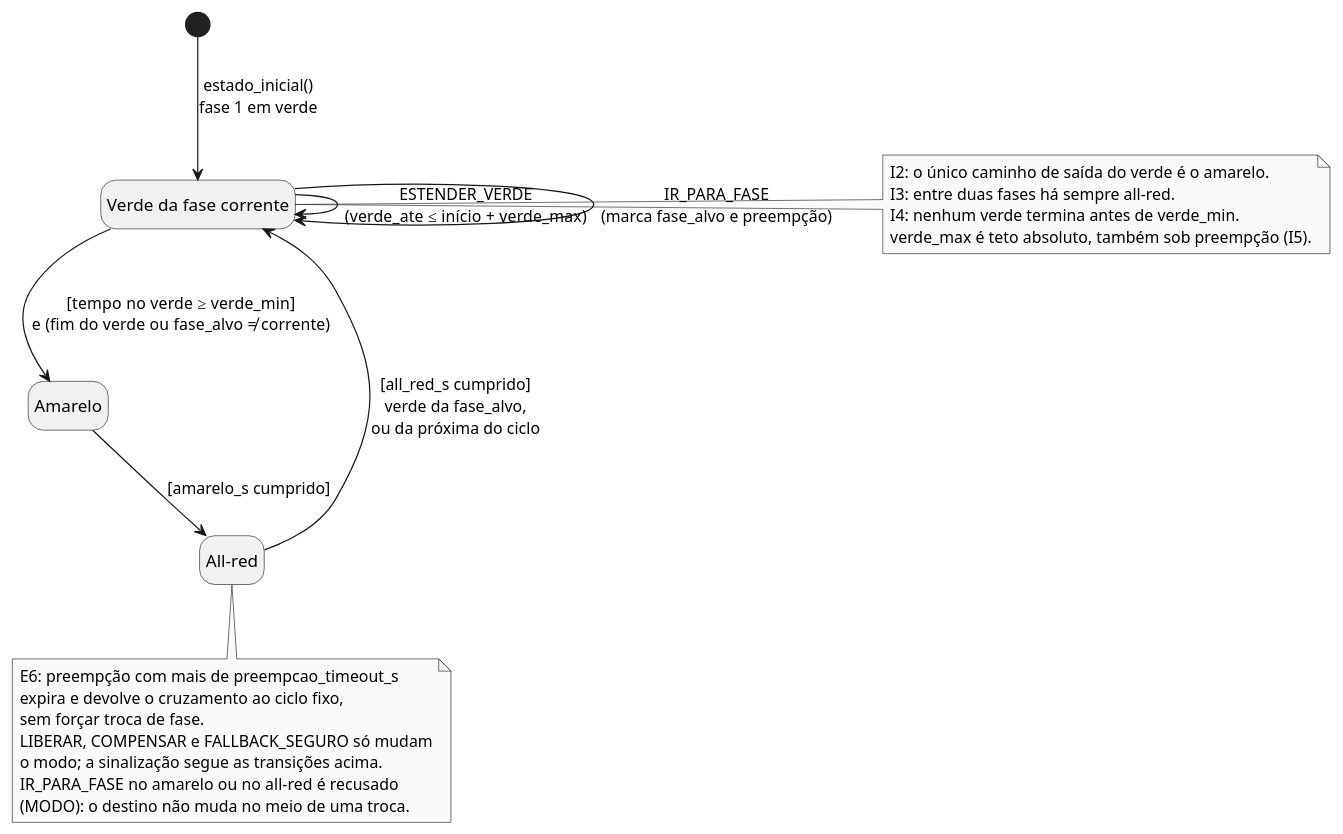
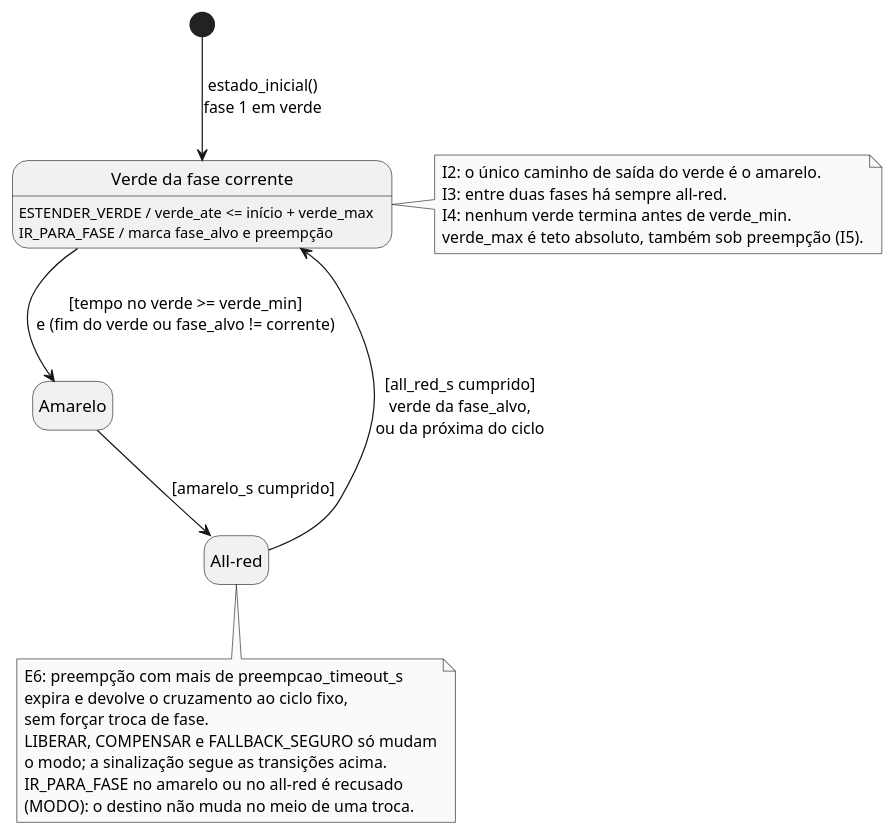
The diagram in docs/diagramas/maquina_estados.puml (felipepascucci/tcc-semaforos-inteligentes), drawn with PlantUML before and after one commit. The commit also changed 44 other files, not shown here.

First line of the commit message:
feat(validacao): relatório de validação, casos de teste e diagramas

```diff
--- a/docs/diagramas/maquina_estados.puml
+++ b/docs/diagramas/maquina_estados.puml
@@ -1,38 +1,41 @@
 @startuml maquina_estados
 ' Máquina de estados de um cruzamento — context/08 §5.
 ' Fonte: backend/core/priorizacao/fases.py (avancar, _do_verde, _do_amarelo,
 ' _do_all_red, _expirar_preempcao). É a mesma máquina que o adaptador SUMO roda
 ' e que o firmware do UNO reimplementa em C++ (context/04 §8).
 skinparam monochrome true
 hide empty description
+' Os dois comandos que não trocam de estado ficam como ações internas do verde
+' (dentro da caixa), e não como laços: os rótulos de dois laços no mesmo estado
+' se sobrepunham no render (revisão de legibilidade, 2026-10-08).
 
 [*] --> Verde : estado_inicial()\nfase 1 em verde
 
 state "Verde da fase corrente" as Verde
+Verde : ESTENDER_VERDE / verde_ate <= início + verde_max
+Verde : IR_PARA_FASE / marca fase_alvo e preempção
 state "Amarelo" as Amarelo
 state "All-red" as AllRed
 
-Verde --> Verde : ESTENDER_VERDE\n(verde_ate ≤ início + verde_max)
-Verde --> Verde : IR_PARA_FASE\n(marca fase_alvo e preempção)
-Verde --> Amarelo : [tempo no verde ≥ verde_min]\ne (fim do verde ou fase_alvo ≠ corrente)
+Verde --> Amarelo : [tempo no verde >= verde_min]\ne (fim do verde ou fase_alvo != corrente)
 Amarelo --> AllRed : [amarelo_s cumprido]
 AllRed --> Verde : [all_red_s cumprido]\nverde da fase_alvo,\nou da próxima do ciclo
 
 note right of Verde
   I2: o único caminho de saída do verde é o amarelo.
   I3: entre duas fases há sempre all-red.
   I4: nenhum verde termina antes de verde_min.
   verde_max é teto absoluto, também sob preempção (I5).
 end note
 
 note bottom of AllRed
   E6: preempção com mais de preempcao_timeout_s
   expira e devolve o cruzamento ao ciclo fixo,
   sem forçar troca de fase.
   LIBERAR, COMPENSAR e FALLBACK_SEGURO só mudam
   o modo; a sinalização segue as transições acima.
   IR_PARA_FASE no amarelo ou no all-red é recusado
   (MODO): o destino não muda no meio de uma troca.
 end note
 
 @enduml
```
